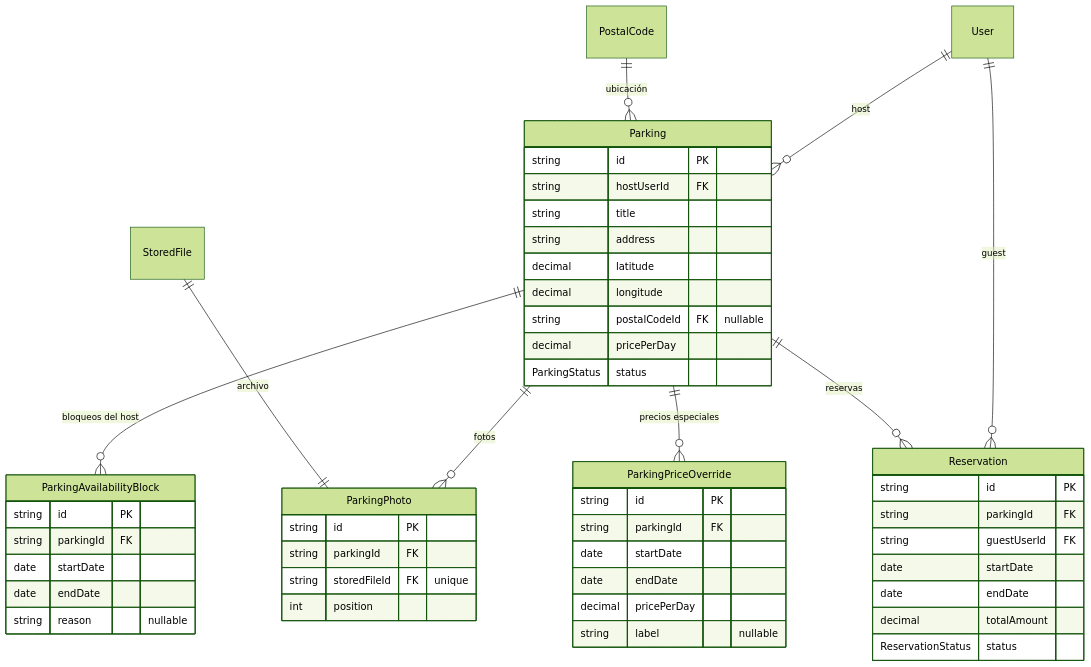
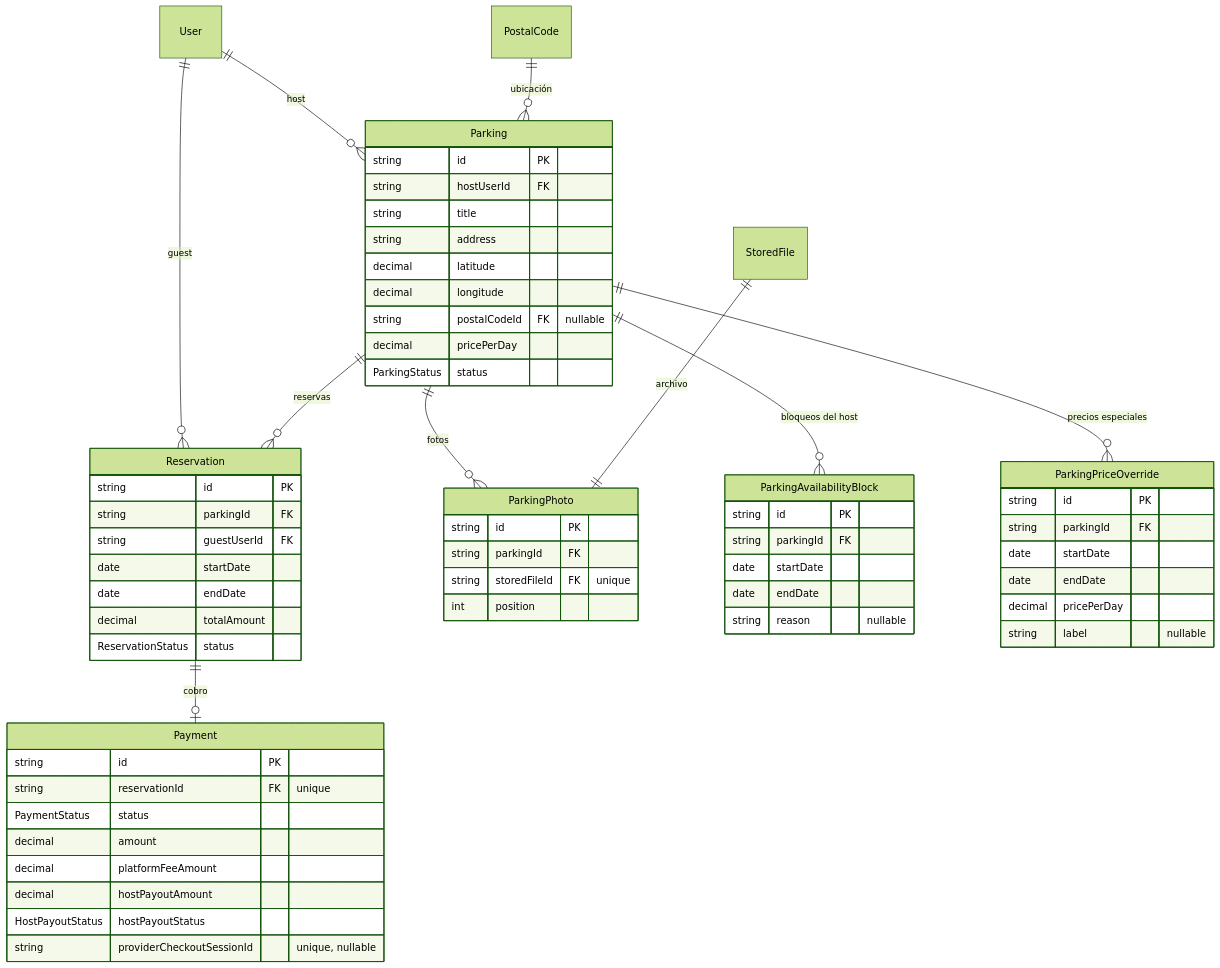
One commit to msalejandrojose/core changed the first of 3 diagrams in apps/api/src/modules/parking/domain/DOMAIN.md. Above: the diagram before and after it, drawn with Mermaid (forest theme). The commit also changed other lines of this file and 35 other files, not shown here.

````diff
--- a/apps/api/src/modules/parking/domain/DOMAIN.md
+++ b/apps/api/src/modules/parking/domain/DOMAIN.md
@@ -12,53 +12,64 @@
 ```mermaid
 erDiagram
     User ||--o{ Parking : "host"
     User ||--o{ Reservation : "guest"
     PostalCode ||--o{ Parking : "ubicación"
     Parking ||--o{ ParkingPhoto : "fotos"
     StoredFile ||--|| ParkingPhoto : "archivo"
     Parking ||--o{ ParkingAvailabilityBlock : "bloqueos del host"
     Parking ||--o{ ParkingPriceOverride : "precios especiales"
     Parking ||--o{ Reservation : "reservas"
+    Reservation ||--o| Payment : "cobro"
 
     Parking {
         string id PK
         string hostUserId FK
         string title
         string address
         decimal latitude
         decimal longitude
         string postalCodeId FK "nullable"
         decimal pricePerDay
         ParkingStatus status
     }
     ParkingPhoto {
         string id PK
         string parkingId FK
         string storedFileId FK "unique"
         int position
     }
     ParkingAvailabilityBlock {
         string id PK
         string parkingId FK
         date startDate
         date endDate
         string reason "nullable"
     }
     ParkingPriceOverride {
         string id PK
         string parkingId FK
         date startDate
         date endDate
         decimal pricePerDay
         string label "nullable"
     }
     Reservation {
         string id PK
         string parkingId FK
         string guestUserId FK
         date startDate
         date endDate
         decimal totalAmount
         ReservationStatus status
     }
+    Payment {
+        string id PK
+        string reservationId FK "unique"
+        PaymentStatus status
+        decimal amount
+        decimal platformFeeAmount
+        decimal hostPayoutAmount
+        HostPayoutStatus hostPayoutStatus
+        string providerCheckoutSessionId "unique, nullable"
+    }
 ```
````
